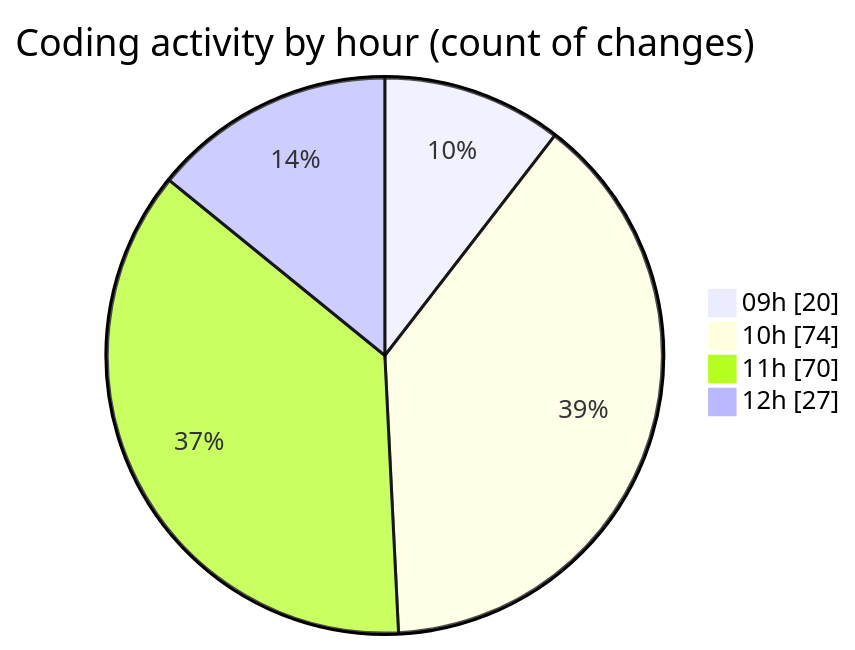
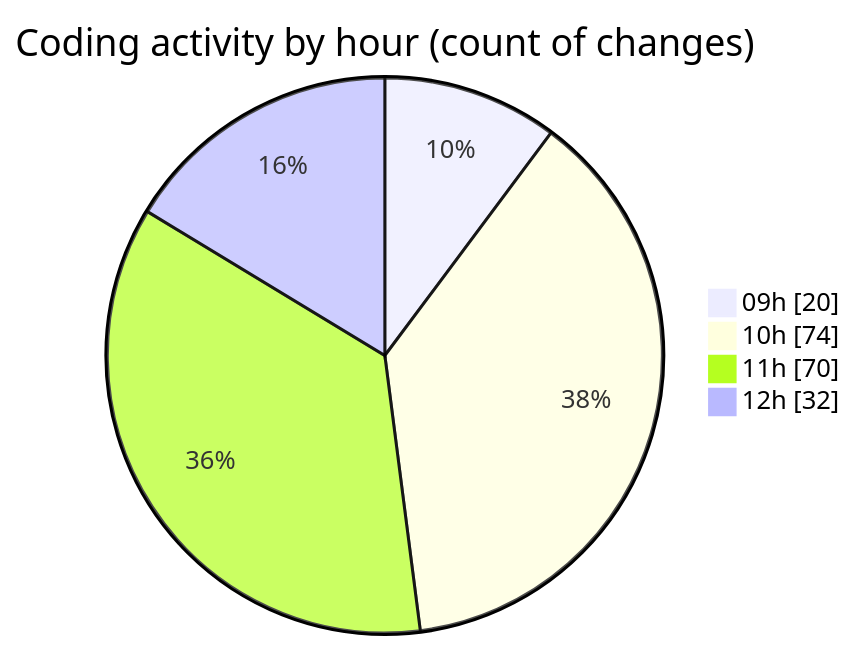
The second of 2 diagrams in 2025-06-06/ecodeli-1/README.md (CELIANVF/code-tracking), drawn with Mermaid before and after one commit. The commit also changed other lines of this file and 1 other file, not shown here.

````diff
--- a/2025-06-06/ecodeli-1/README.md
+++ b/2025-06-06/ecodeli-1/README.md
@@ -84,8 +84,8 @@
 ```mermaid
 pie showData
 title Coding activity by hour (count of changes)
 "09h" : 20
 "10h" : 74
 "11h" : 70
-"12h" : 27
+"12h" : 32
 ```
````
